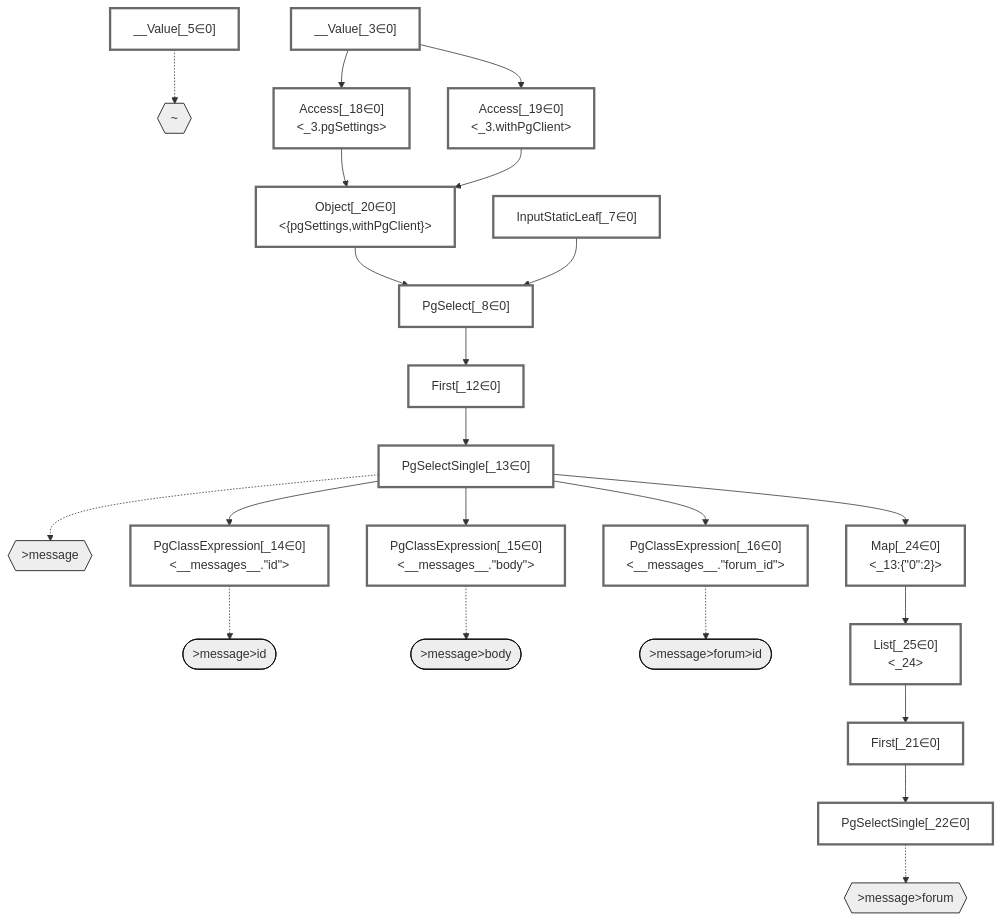
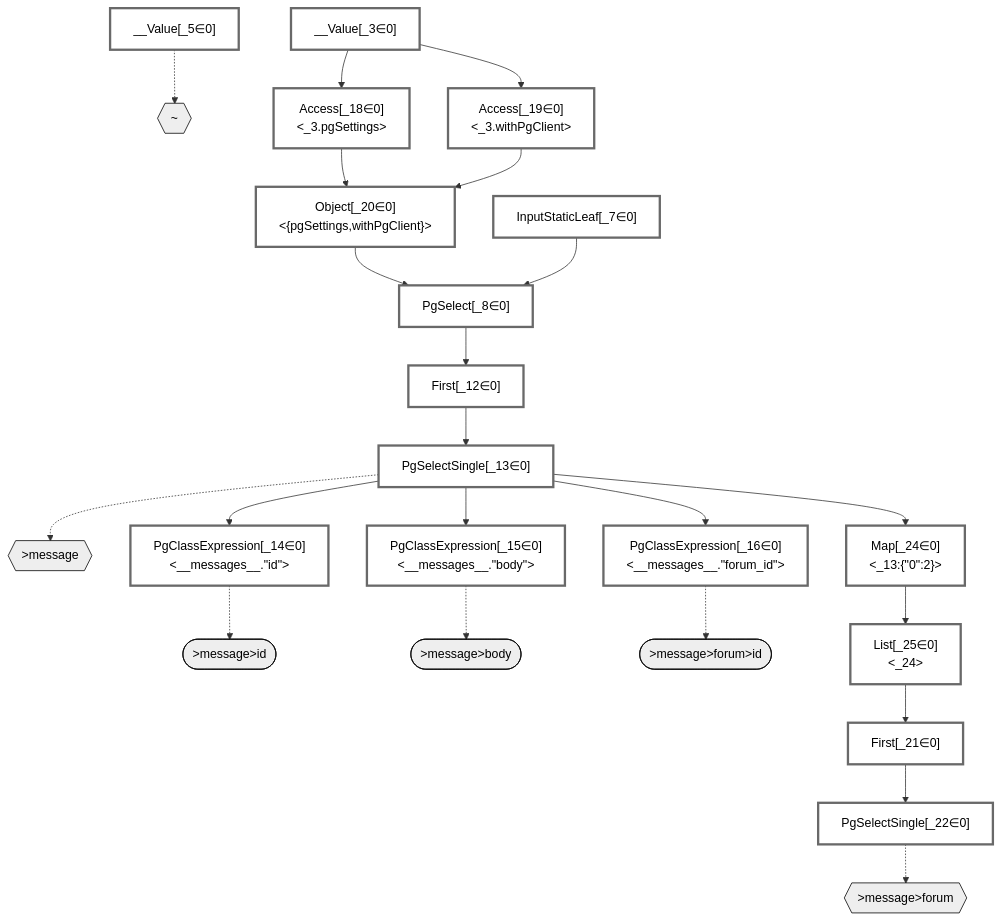
The diagram in packages/dataplan-pg/__tests__/queries/relations/basics-no-join-if-identical.mermaid.md (graphile/crystal), drawn with Mermaid before and after one commit. The commit also changed 195 other files, not shown here.

````diff
--- a/packages/dataplan-pg/__tests__/queries/relations/basics-no-join-if-identical.mermaid.md
+++ b/packages/dataplan-pg/__tests__/queries/relations/basics-no-join-if-identical.mermaid.md
@@ -1,68 +1,68 @@
 ```mermaid
 graph TD
-    classDef path fill:#eee,stroke:#000
-    classDef plan fill:#fff,stroke-width:3px
-    classDef itemplan fill:#fff,stroke-width:6px
-    classDef sideeffectplan fill:#f00,stroke-width:6px
+    classDef path fill:#eee,stroke:#000,color:#000
+    classDef plan fill:#fff,stroke-width:3px,color:#000
+    classDef itemplan fill:#fff,stroke-width:6px,color:#000
+    classDef sideeffectplan fill:#f00,stroke-width:6px,color:#000
 
     %% subgraph fields
     P1{{"~"}}:::path
     P2{{">message"}}:::path
     P3([">message>id"]):::path
     %% P2 -.-> P3
     P4([">message>body"]):::path
     %% P2 -.-> P4
     P5{{">message>forum"}}:::path
     P6([">message>forum>id"]):::path
     %% P5 -.-> P6
     %% P2 -.-> P5
     %% P1 -.-> P2
     %% end
 
     %% define plans
     __Value_3["__Value[_3∈0]<br /><context>"]:::plan
     __Value_5["__Value[_5∈0]<br /><rootValue>"]:::plan
     InputStaticLeaf_7["InputStaticLeaf[_7∈0]"]:::plan
     PgSelect_8["PgSelect[_8∈0]<br /><messages>"]:::plan
     First_12["First[_12∈0]"]:::plan
     PgSelectSingle_13["PgSelectSingle[_13∈0]<br /><messages>"]:::plan
     PgClassExpression_14["PgClassExpression[_14∈0]<br /><__messages__.#quot;id#quot;>"]:::plan
     PgClassExpression_15["PgClassExpression[_15∈0]<br /><__messages__.#quot;body#quot;>"]:::plan
     PgClassExpression_16["PgClassExpression[_16∈0]<br /><__messages__.#quot;forum_id#quot;>"]:::plan
     Access_18["Access[_18∈0]<br /><_3.pgSettings>"]:::plan
     Access_19["Access[_19∈0]<br /><_3.withPgClient>"]:::plan
     Object_20["Object[_20∈0]<br /><{pgSettings,withPgClient}>"]:::plan
     First_21["First[_21∈0]"]:::plan
     PgSelectSingle_22["PgSelectSingle[_22∈0]<br /><forums>"]:::plan
     Map_24["Map[_24∈0]<br /><_13:{#quot;0#quot;:2}>"]:::plan
     List_25["List[_25∈0]<br /><_24>"]:::plan
 
     %% plan dependencies
     Object_20 --> PgSelect_8
     InputStaticLeaf_7 --> PgSelect_8
     PgSelect_8 --> First_12
     First_12 --> PgSelectSingle_13
     PgSelectSingle_13 --> PgClassExpression_14
     PgSelectSingle_13 --> PgClassExpression_15
     PgSelectSingle_13 --> PgClassExpression_16
     __Value_3 --> Access_18
     __Value_3 --> Access_19
     Access_18 --> Object_20
     Access_19 --> Object_20
     List_25 --> First_21
     First_21 --> PgSelectSingle_22
     PgSelectSingle_13 --> Map_24
     Map_24 --> List_25
 
     %% plan-to-path relationships
     __Value_5 -.-> P1
     PgSelectSingle_13 -.-> P2
     PgClassExpression_14 -.-> P3
     PgClassExpression_15 -.-> P4
     PgSelectSingle_22 -.-> P5
     PgClassExpression_16 -.-> P6
 
     %% allocate buckets
     classDef bucket0 stroke:#696969
     class __Value_3,__Value_5,InputStaticLeaf_7,PgSelect_8,First_12,PgSelectSingle_13,PgClassExpression_14,PgClassExpression_15,PgClassExpression_16,Access_18,Access_19,Object_20,First_21,PgSelectSingle_22,Map_24,List_25 bucket0
 ```
````
